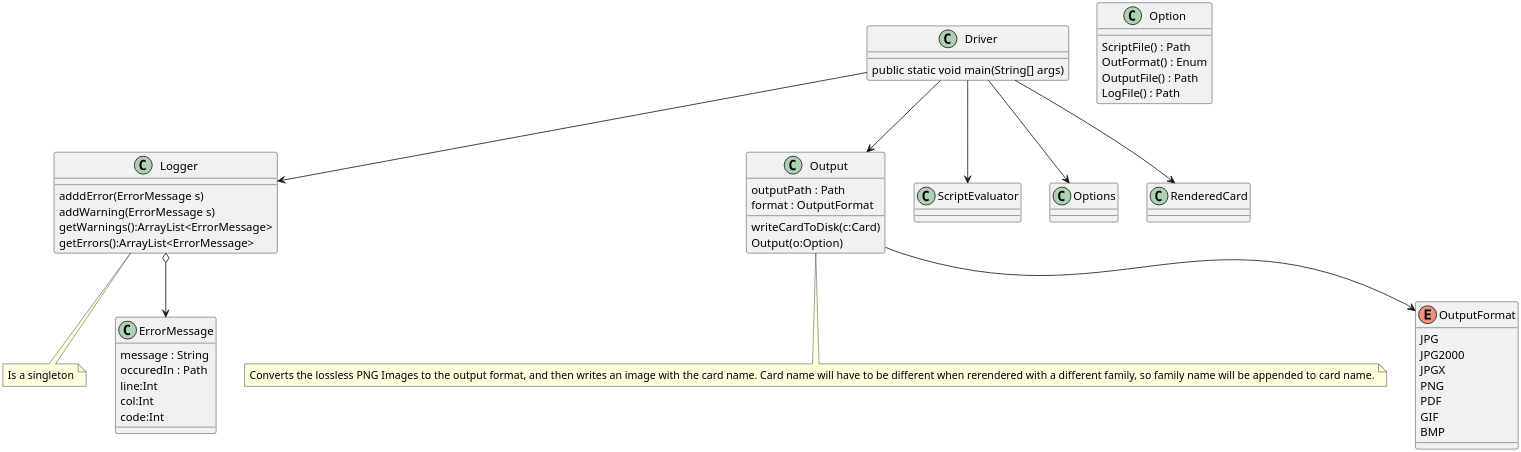
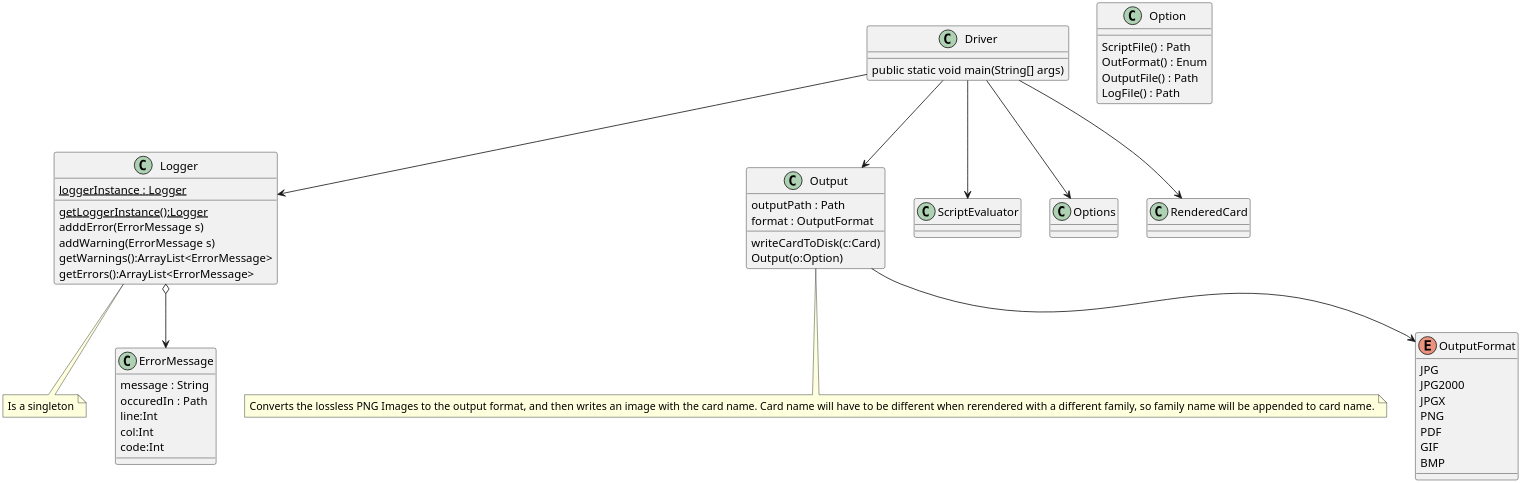
One commit to MatthewBregg/DesignPatternsRepo changed the diagram in Structure_UML/Driver.org. Above: the diagram before and after it, drawn with PlantUML. The commit also changed 13 other files, not shown here.

Commit message:
Made methods that should be abstracts italicized, and static method in logger underlined

```diff
--- a/Structure_UML/Driver.org
+++ b/Structure_UML/Driver.org
@@ -91,60 +91,62 @@
 #+BEGIN_SRC plantuml :file DriverUML.png
 skinparam dpi 300
 
 class Logger
+Logger : {static} loggerInstance : Logger
+Logger : {static} getLoggerInstance():Logger
 Logger : adddError(ErrorMessage s)
 Logger : addWarning(ErrorMessage s)
 Logger : getWarnings():ArrayList<ErrorMessage>
 Logger : getErrors():ArrayList<ErrorMessage>
 
 note bottom : Is a singleton
 
 
 class ErrorMessage
 ErrorMessage : message : String
 ErrorMessage : occuredIn : Path
 ErrorMessage : line:Int
 ErrorMessage : col:Int
 ErrorMessage : code:Int
 
 Logger o--> ErrorMessage 
 
 class Option
 Option : ScriptFile() : Path
 Option : OutFormat() : Enum
 Option : OutputFile() : Path
 Option : LogFile() : Path
 
 class Output
 Output : outputPath : Path
 Output : format : OutputFormat
 Output : writeCardToDisk(c:Card)
 Output : Output(o:Option)
 note bottom : Converts the lossless PNG Images to the output format, and then writes an image with the card name. Card name will have to be different when rerendered with a different family, so family name will be appended to card name.
 
 
 enum OutputFormat {
   JPG
   JPG2000
   JPGX
   PNG
   PDF
   GIF
   BMP
 }
 
 class Driver
 Driver : public static void main(String[] args)
 
 Output --> OutputFormat
 
 Driver --> Output
 Driver --> ScriptEvaluator
 Driver --> Options
 Driver --> Logger
 Driver --> RenderedCard
   
 
 
 
 #+END_SRC
```
